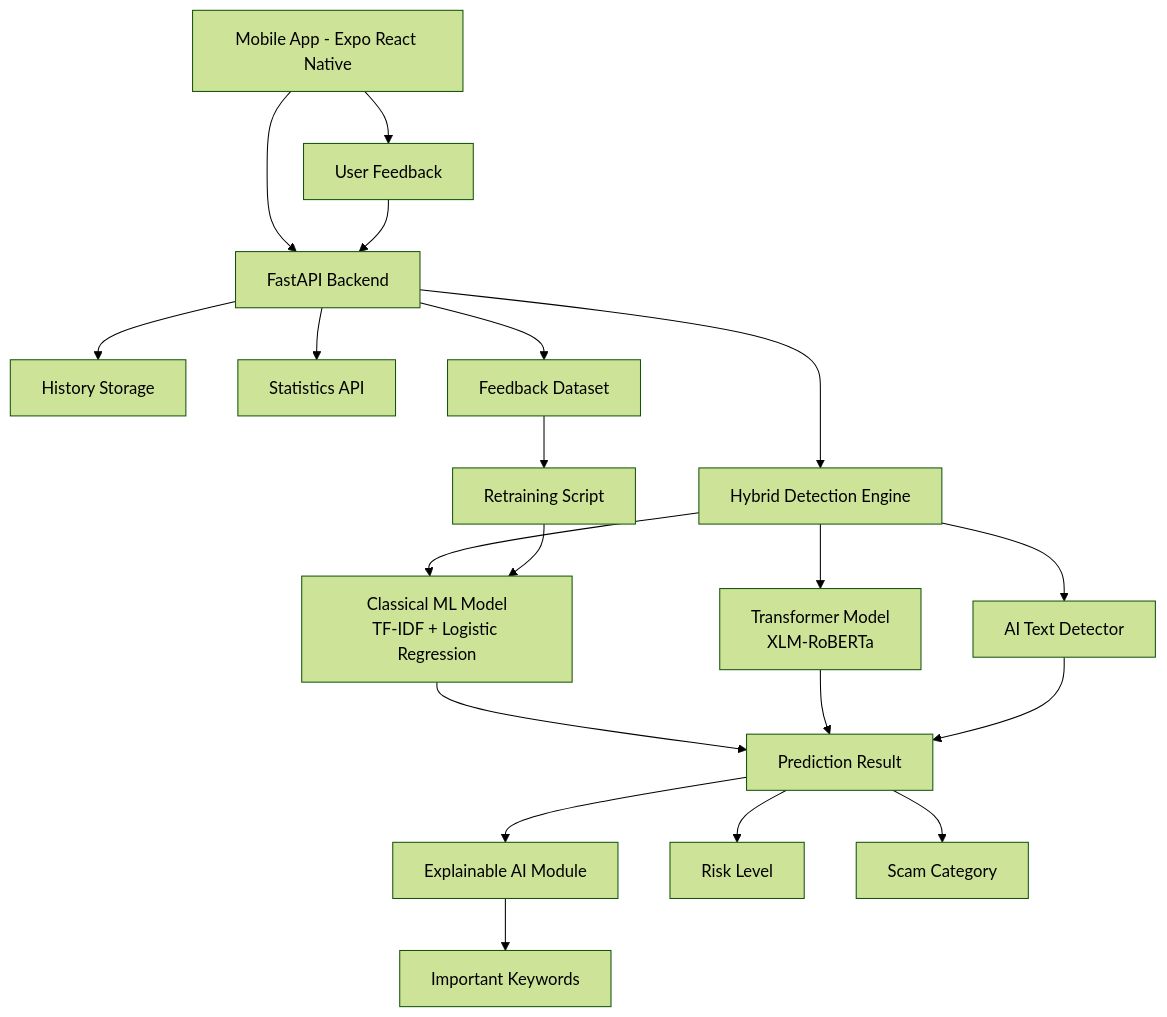
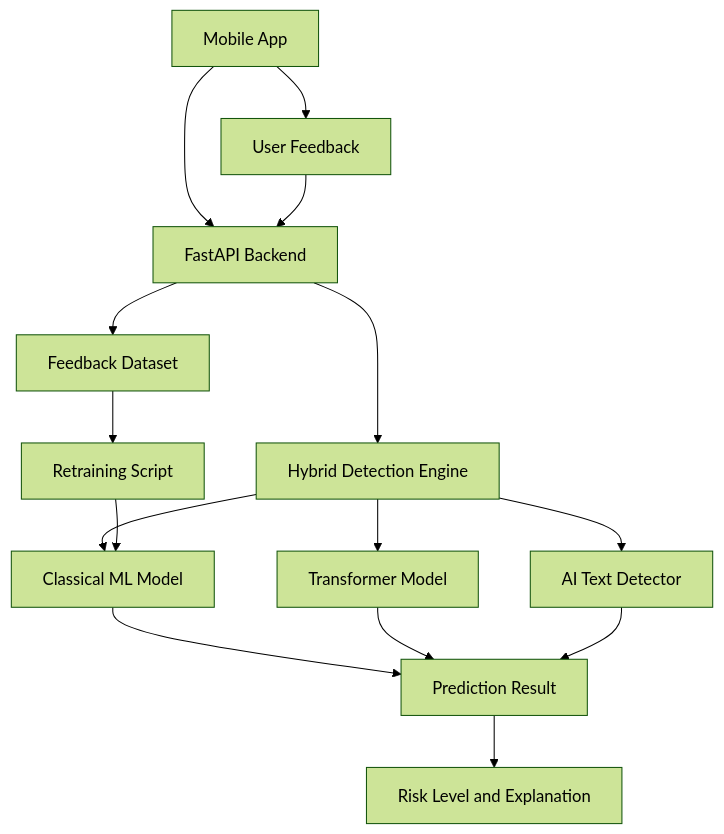
Before and after one commit to kassse1/ai_scam_detector: the diagram in README.md, drawn with Mermaid (forest theme).

Commit message:
Simplify system architecture diagram in README

````diff
--- a/README.md
+++ b/README.md
@@ -34,29 +34,17 @@
 ```mermaid
 flowchart TD
-    A[Mobile App - Expo React Native] --> B[FastAPI Backend]
-
+    A[Mobile App] --> B[FastAPI Backend]
     B --> C[Hybrid Detection Engine]
-
-    C --> D[Classical ML Model<br/>TF-IDF + Logistic Regression]
-    C --> E[Transformer Model<br/>XLM-RoBERTa]
+    C --> D[Classical ML Model]
+    C --> E[Transformer Model]
     C --> F[AI Text Detector]
-
     D --> G[Prediction Result]
     E --> G
     F --> G
-
-    G --> H[Explainable AI Module]
-    H --> I[Important Keywords]
-
-    G --> J[Risk Level]
-    G --> K[Scam Category]
-
-    B --> L[History Storage]
-    B --> M[Statistics API]
-
-    A --> N[User Feedback]
-    N --> B
-    B --> O[Feedback Dataset]
-    O --> P[Retraining Script]
-    P --> D
+    G --> H[Risk Level and Explanation]
+    A --> I[User Feedback]
+    I --> B
+    B --> J[Feedback Dataset]
+    J --> K[Retraining Script]
+    K --> D
 ```
````
